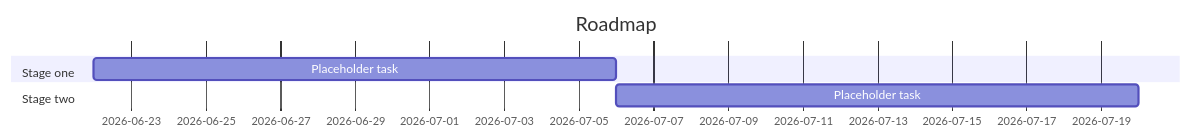
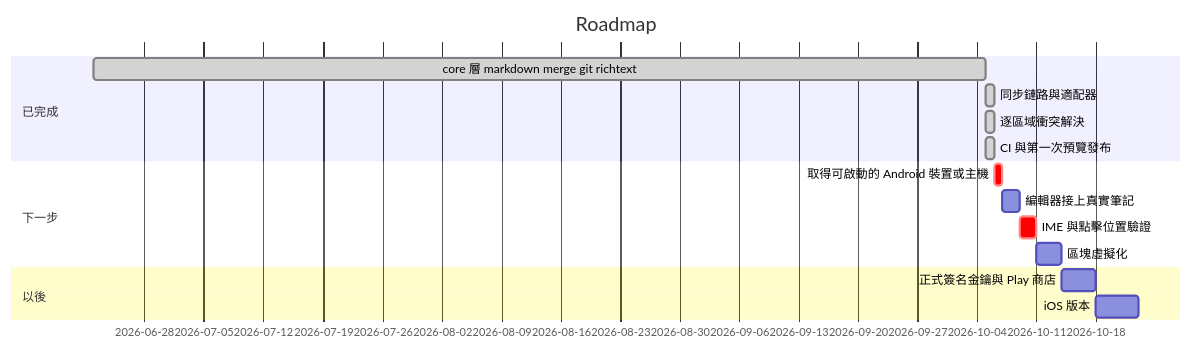
One commit to adam-ikari/gitmark changed the diagram in brain/roadmap.md. Above: the diagram before and after it, drawn with Mermaid. The commit also changed other lines of this file and 4 other files, not shown here.

````diff
--- a/brain/roadmap.md
+++ b/brain/roadmap.md
@@ -12,9 +19,18 @@
 ```mermaid
 gantt
   title Roadmap
   dateFormat YYYY-MM-DD
-  section Stage one
-  Placeholder task :a1, 2026-06-22, 14d
-  section Stage two
-  Placeholder task :after a1, 14d
+  section 已完成
+  core 層 markdown merge git richtext   :done, 2026-06-22, 2026-10-05
+  同步鏈路與適配器                      :done, 2026-10-05, 1d
+  逐區域衝突解決                        :done, 2026-10-05, 1d
+  CI 與第一次預覽發布                    :done, 2026-10-05, 1d
+  section 下一步
+  取得可啟動的 Android 裝置或主機        :crit, 1d
+  編輯器接上真實筆記                    :2d
+  IME 與點擊位置驗證                    :crit, 2d
+  區塊虛擬化                            :3d
+  section 以後
+  正式簽名金鑰與 Play 商店              :4d
+  iOS 版本                              :5d
 ```
````
